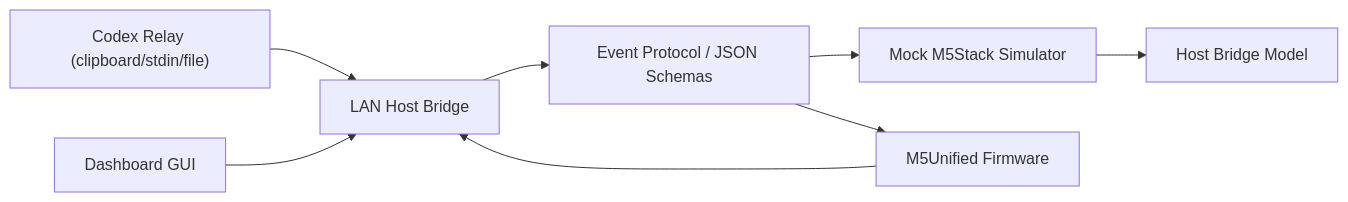
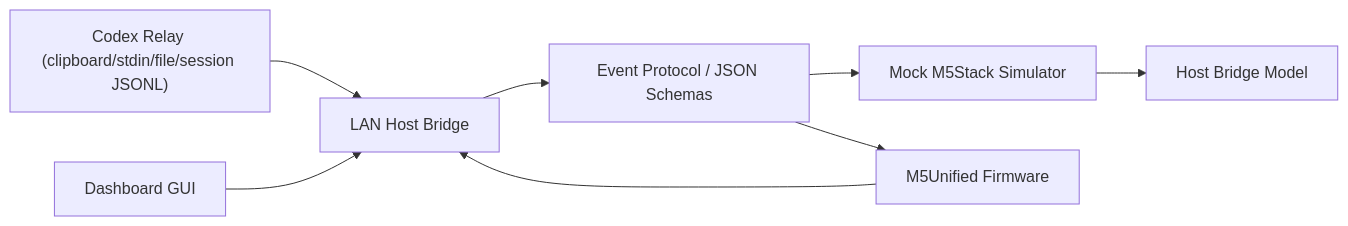
One commit to Sunmax0731/m5stack-codex-pet-notifier changed the diagram in docs/architecture.md. Above: the diagram before and after it, drawn with Mermaid. The commit also changed other lines of this file and 28 other files, not shown here.

Commit message:
Add Codex session and hook relay

````diff
--- a/docs/architecture.md
+++ b/docs/architecture.md
@@ -3,10 +3,10 @@
 ```mermaid
 flowchart LR
-  Codex["Codex Relay (clipboard/stdin/file)"] --> Bridge["LAN Host Bridge"]
+  Codex["Codex Relay (clipboard/stdin/file/session JSONL)"] --> Bridge["LAN Host Bridge"]
   Dashboard["Dashboard GUI"] --> Bridge
   Bridge --> Protocol["Event Protocol / JSON Schemas"]
   Protocol --> Simulator["Mock M5Stack Simulator"]
   Protocol --> Firmware["M5Unified Firmware"]
   Simulator --> Model["Host Bridge Model"]
   Firmware --> Bridge
 ```
````
